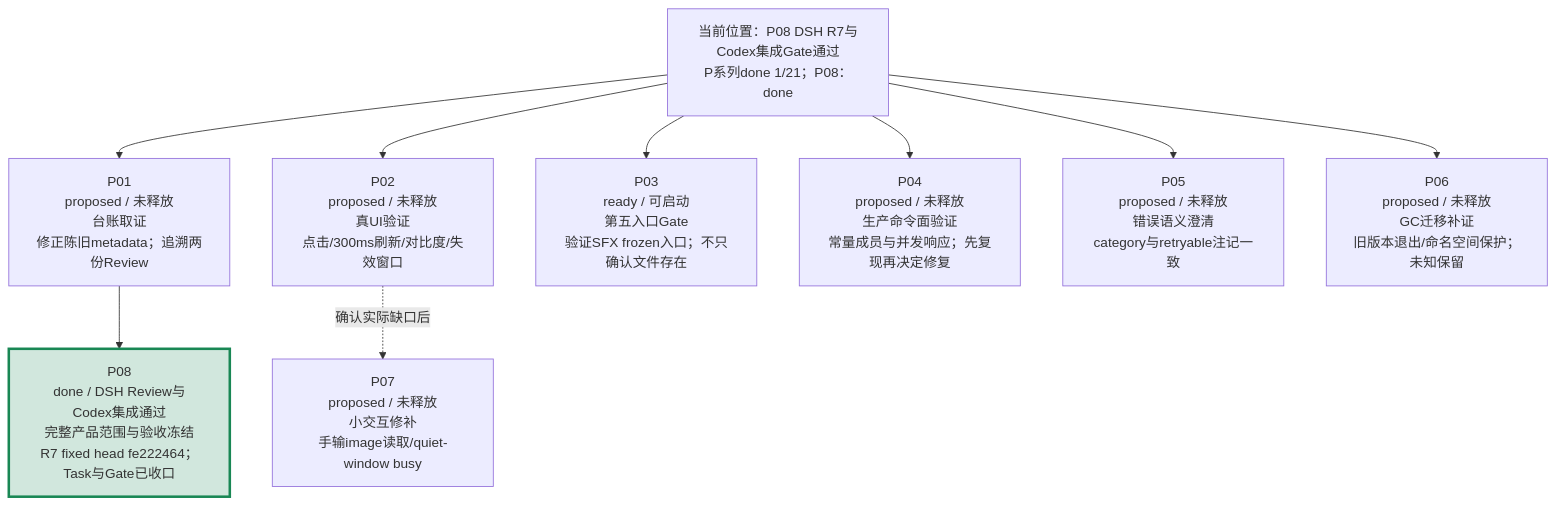
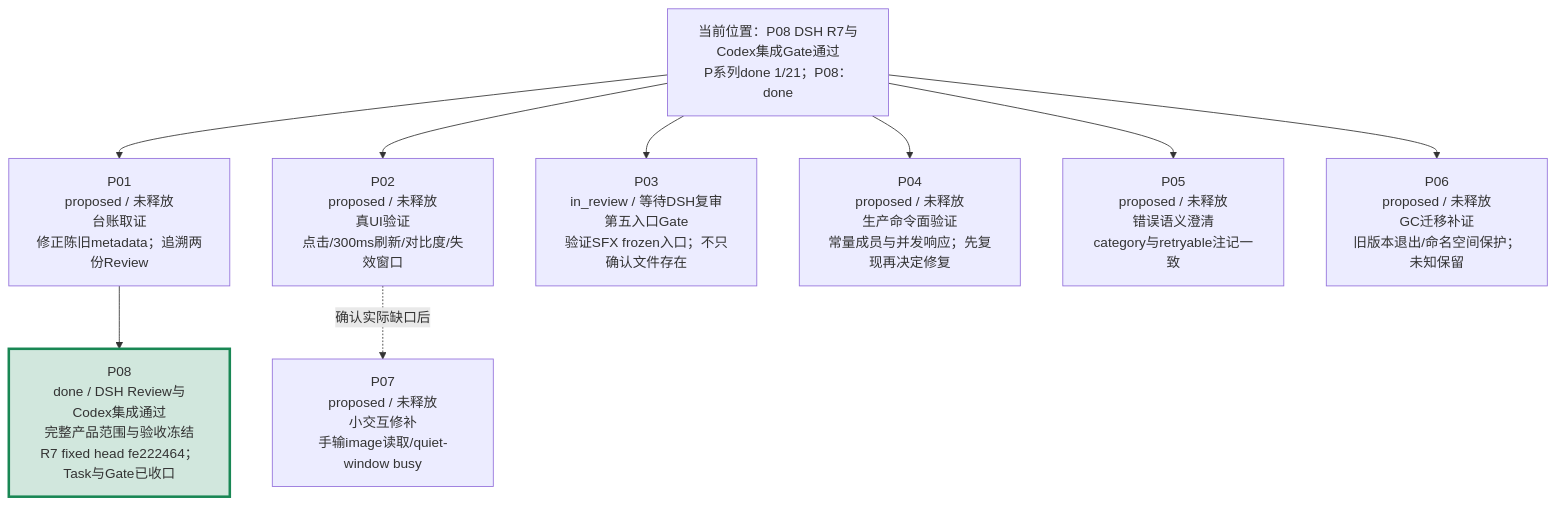
Before and after one commit to peakwheat-pixel/New-Manga: the second of 4 diagrams in verification/PROJECT-ROADMAP-20261008/ROADMAP.md, drawn with Mermaid. The commit also changed other lines of this file and 5 other files, not shown here.

````diff
--- a/verification/PROJECT-ROADMAP-20261008/ROADMAP.md
+++ b/verification/PROJECT-ROADMAP-20261008/ROADMAP.md
@@ -30,12 +30,12 @@
 ```mermaid
 flowchart TB
   BASE["当前位置：P08 DSH R7与Codex集成Gate通过<br/>P系列done 1/21；P08：done"] --> P01["P01<br/>proposed / 未释放<br/>台账取证<br/>修正陈旧metadata；追溯两份Review"]
   BASE --> P02["P02<br/>proposed / 未释放<br/>真UI验证<br/>点击/300ms刷新/对比度/失效窗口"]
-  BASE --> P03["P03<br/>ready / 可启动<br/>第五入口Gate<br/>验证SFX frozen入口；不只确认文件存在"]
+  BASE --> P03["P03<br/>in_review / 等待DSH复审<br/>第五入口Gate<br/>验证SFX frozen入口；不只确认文件存在"]
   BASE --> P04["P04<br/>proposed / 未释放<br/>生产命令面验证<br/>常量成员与并发响应；先复现再决定修复"]
   BASE --> P05["P05<br/>proposed / 未释放<br/>错误语义澄清<br/>category与retryable注记一致"]
   BASE --> P06["P06<br/>proposed / 未释放<br/>GC迁移补证<br/>旧版本退出/命名空间保护；未知保留"]
   P02 -. "确认实际缺口后" .-> P07["P07<br/>proposed / 未释放<br/>小交互修补<br/>手输image读取/quiet-window busy"]
   P01 --> P08["P08<br/>done / DSH Review与Codex集成通过<br/>完整产品范围与验收冻结<br/>R7 fixed head fe222464；Task与Gate已收口"]
   style P08 fill:#d1e7dd,stroke:#198754,stroke-width:3px
 ```
````
